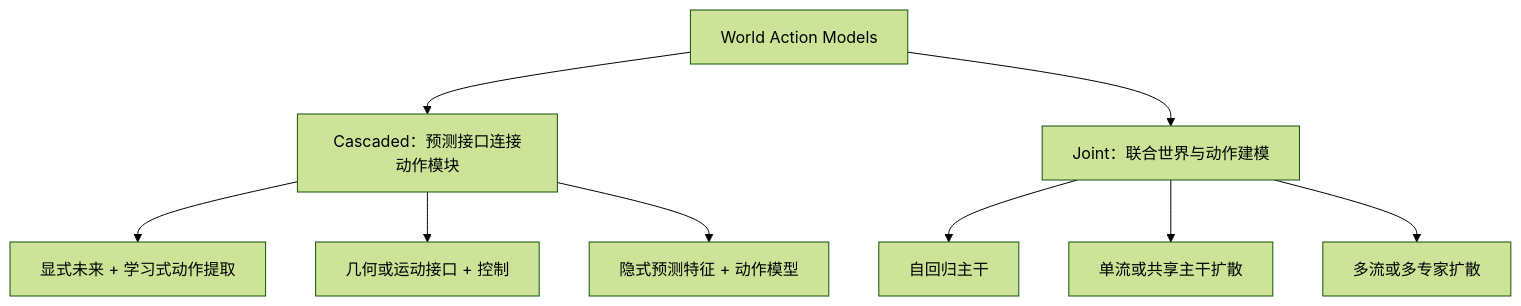
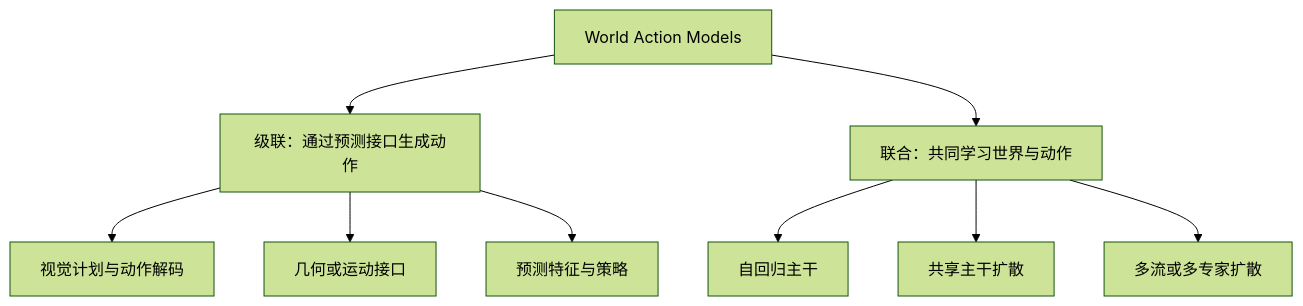
One commit to ZJU-OmniAI/Awesome-World-Model changed the second of 2 diagrams in README_cn.md. Above: the diagram before and after it, drawn with Mermaid (forest theme). The commit also changed other lines of this file and 1 other file, not shown here.

````diff
--- a/README_cn.md
+++ b/README_cn.md
@@ -103,11 +111,11 @@
 ```mermaid
 flowchart TB
-    W[World Action Models] --> C[Cascaded：预测接口连接动作模块]
-    W --> J[Joint：联合世界与动作建模]
-    C --> CL[显式未来 + 学习式动作提取]
-    C --> CG[几何或运动接口 + 控制]
-    C --> CI[隐式预测特征 + 动作模型]
-    J --> JA[自回归主干]
-    J --> JS[单流或共享主干扩散]
-    J --> JM[多流或多专家扩散]
+    W["World Action Models"] --> C["级联：通过预测接口生成动作"]
+    W --> J["联合：共同学习世界与动作"]
+    C --> CV["视觉计划与动作解码"]
+    C --> CG["几何或运动接口"]
+    C --> CL["预测特征与策略"]
+    J --> JA["自回归主干"]
+    J --> JS["共享主干扩散"]
+    J --> JM["多流或多专家扩散"]
 ```
````
